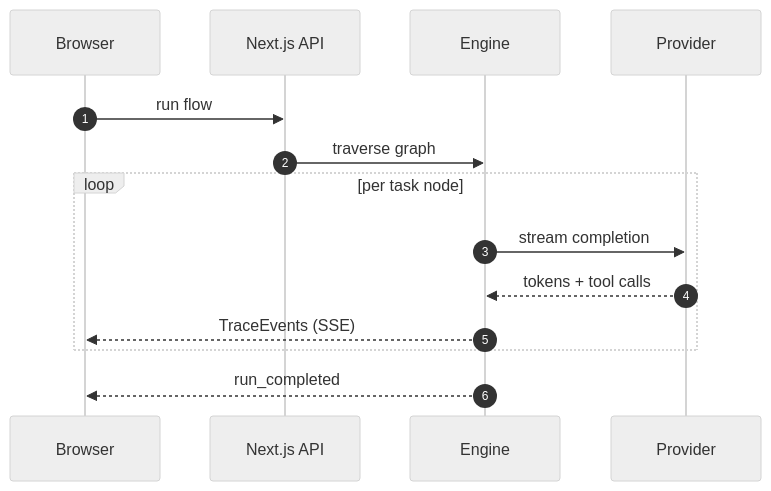
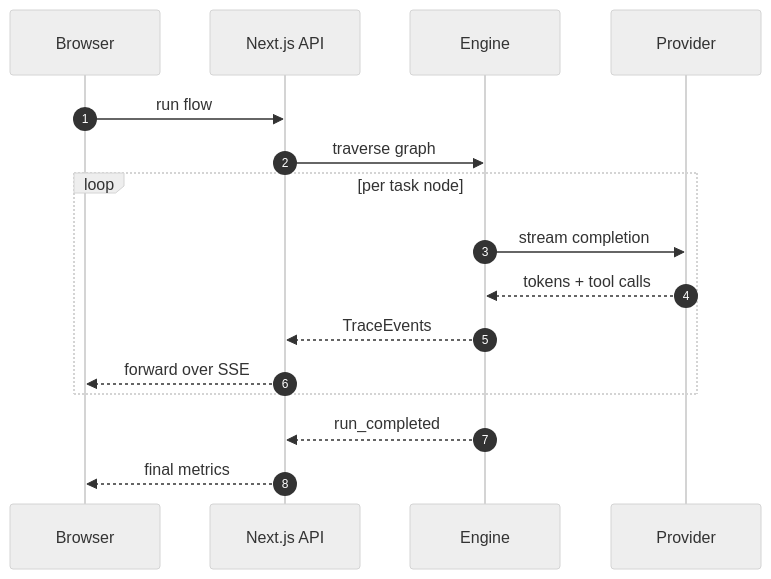
The second of 2 diagrams in README.md (myUdav4iik/agent-canvas), drawn with Mermaid (neutral theme) before and after one commit.

Commit message:
Fix sequence diagram lifelines crossing message labels
Route all messages between adjacent participants (TraceEvents go
Engine → API → Browser, matching the actual run-bus → SSE pipeline),
so no lifeline strikes through a label.

````diff
--- a/README.md
+++ b/README.md
@@ -77,17 +77,19 @@
 ```mermaid
 sequenceDiagram
     autonumber
     participant B as Browser
     participant API as Next.js API
     participant E as Engine
     participant LLM as Provider
 
     B->>API: run flow
     API->>E: traverse graph
     loop per task node
         E->>LLM: stream completion
         LLM-->>E: tokens + tool calls
-        E-->>B: TraceEvents (SSE)
+        E-->>API: TraceEvents
+        API-->>B: forward over SSE
     end
-    E-->>B: run_completed
+    E-->>API: run_completed
+    API-->>B: final metrics
 ```
````
